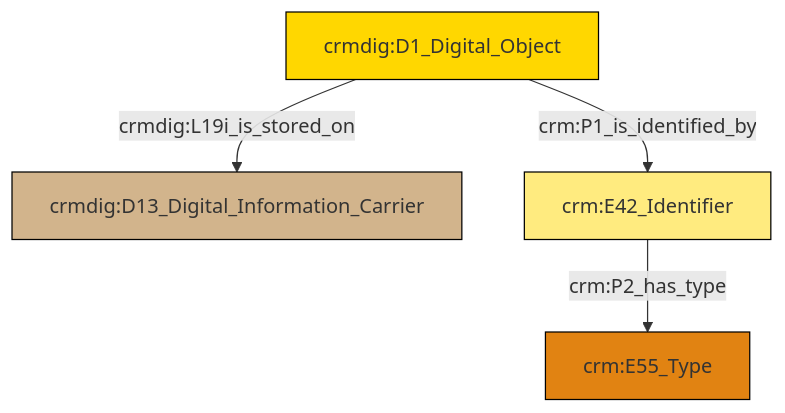
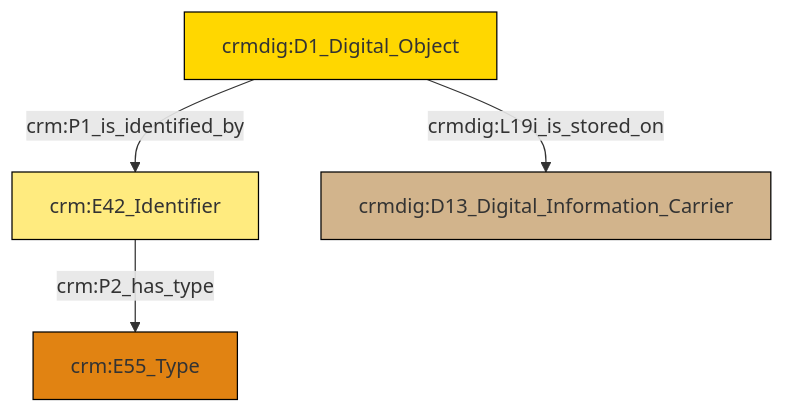
The diagram in et/doCSV/ttl/mmd/do_location.ttl.mmd (swiss-art-research-net/reference-data-models), drawn with Mermaid before and after one commit. The commit also changed 129 other files, not shown here.

```diff
--- a/et/doCSV/ttl/mmd/do_location.ttl.mmd
+++ b/et/doCSV/ttl/mmd/do_location.ttl.mmd
@@ -1,18 +1,18 @@
 graph TD
 classDef Literal fill:#f2f2f2,stroke:#000000;
 classDef CRM_Entity fill:#FFFFFF,stroke:#000000;
 classDef Temporal_Entity fill:#00C9E6, stroke:#000000;
 classDef Type fill:#E18312, stroke:#000000;
 classDef Time-Span fill:#2C9C91, stroke:#000000;
 classDef Appellation fill:#FFEB7F, stroke:#000000;
 classDef Place fill:#008836, stroke:#000000;
 classDef Persistent_Item fill:#B266B2, stroke:#000000;
 classDef Conceptual_Object fill:#FFD700, stroke:#000000;
 classDef Physical_Thing fill:#D2B48C, stroke:#000000;
 classDef Actor fill:#f58aad, stroke:#000000;
 classDef PC_Classes fill:#4ce600, stroke:#000000;
 classDef Multi fill:#cccccc,stroke:#000000;
 
-4["crm:E42_Identifier"]:::Appellation -->|crm:P2_has_type| 0["crm:E55_Type"]:::Type
-5["crmdig:D1_Digital_Object"]:::Conceptual_Object -->|crm:P1_is_identified_by| 4["crm:E42_Identifier"]:::Appellation
-5["crmdig:D1_Digital_Object"]:::Conceptual_Object -->|crmdig:L19i_is_stored_on| 2["crmdig:D13_Digital_Information_Carrier"]:::Physical_Thing
+4["crmdig:D1_Digital_Object"]:::Conceptual_Object -->|crm:P1_is_identified_by| 0["crm:E42_Identifier"]:::Appellation
+4["crmdig:D1_Digital_Object"]:::Conceptual_Object -->|crmdig:L19i_is_stored_on| 2["crmdig:D13_Digital_Information_Carrier"]:::Physical_Thing
+0["crm:E42_Identifier"]:::Appellation -->|crm:P2_has_type| 5["crm:E55_Type"]:::Type
```
